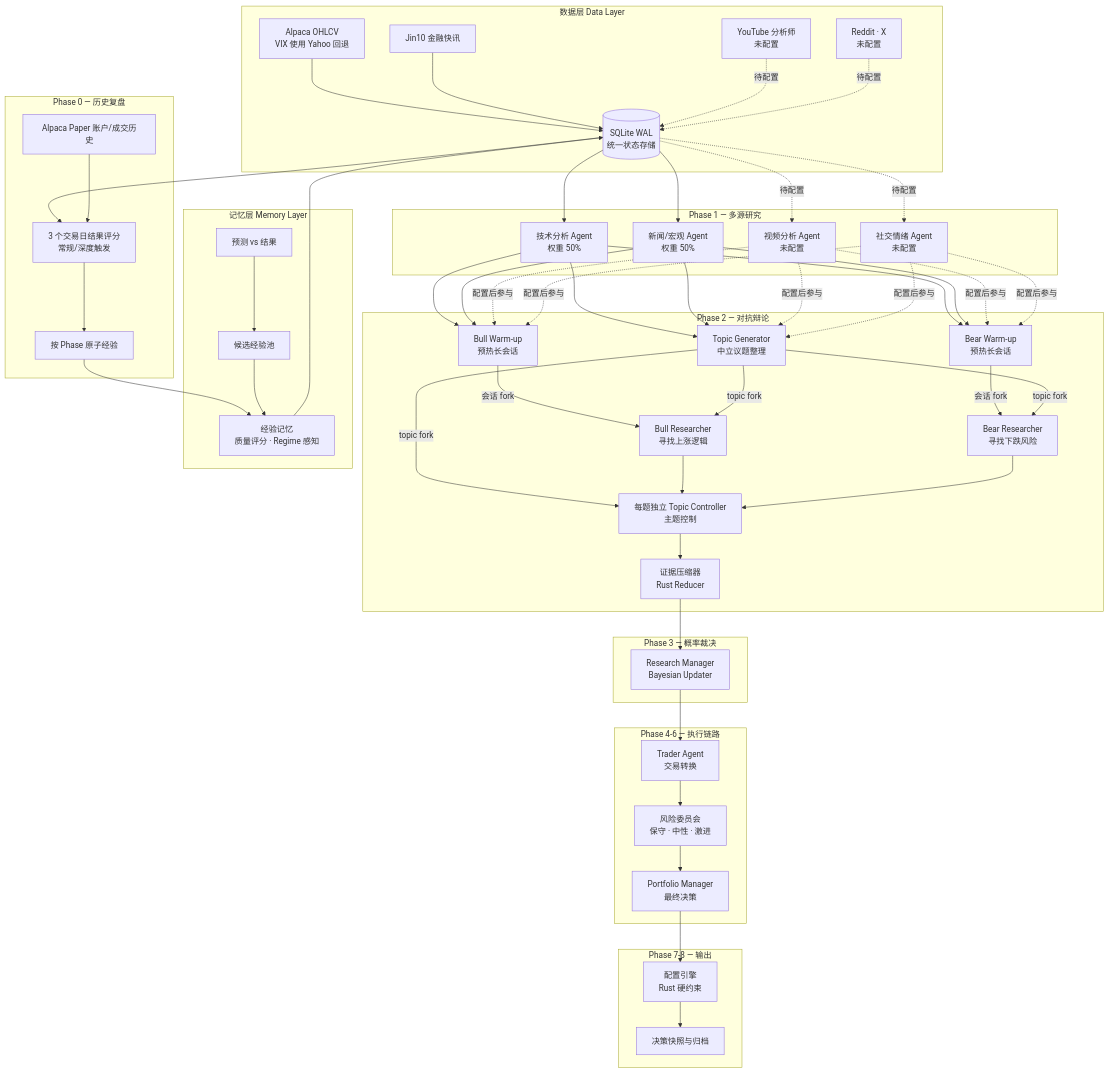
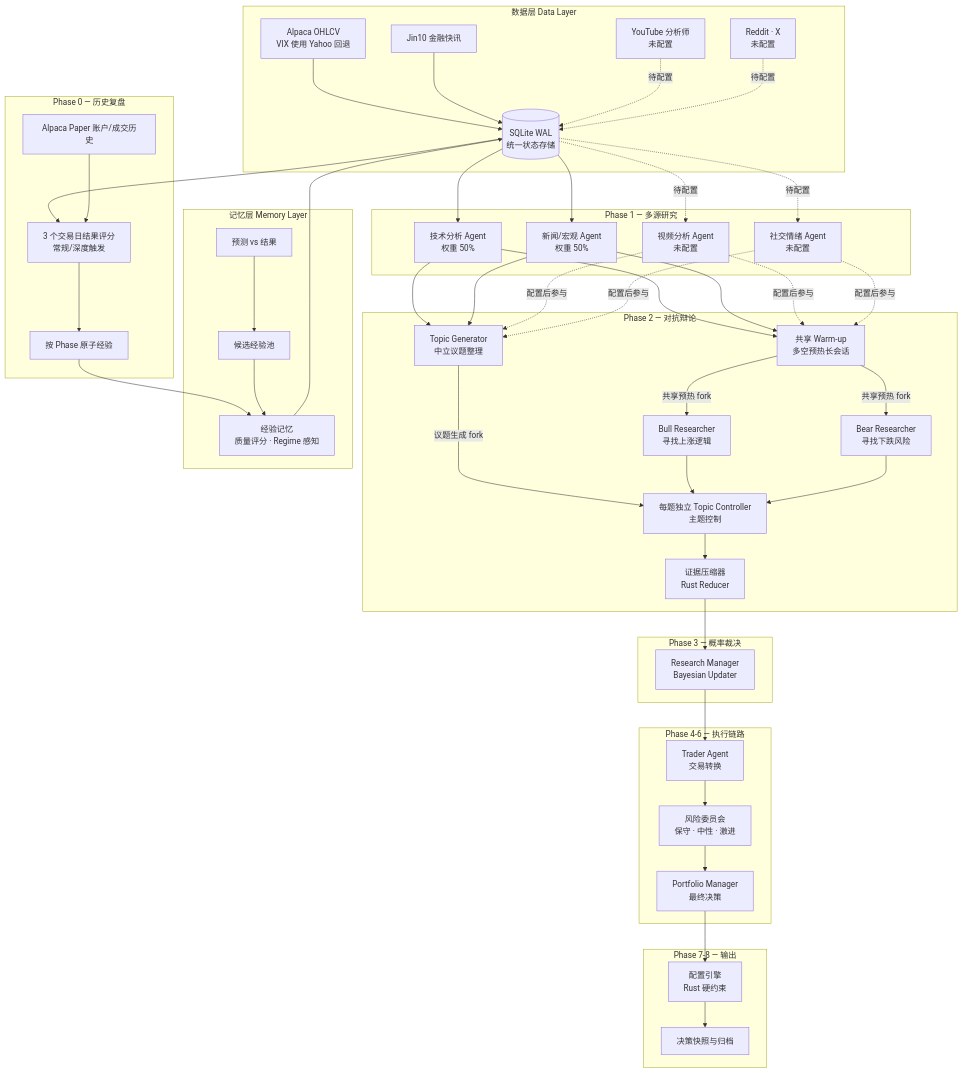
The diagram in README.md (alixeu/akzio-signal-intelligence), drawn with Mermaid before and after one commit. The commit also changed other lines of this file and 7 other files, not shown here.

````diff
--- a/README.md
+++ b/README.md
@@ -21,81 +21,79 @@
 ```mermaid
 graph TD
     subgraph "数据层 Data Layer"
         MARKET[Alpaca OHLCV<br/>VIX 使用 Yahoo 回退]
         JIN10[Jin10 金融快讯]
         YT[YouTube 分析师<br/>未配置]
         SOCIAL[Reddit · X<br/>未配置]
         SQL[(SQLite WAL<br/>统一状态存储)]
     end
 
     subgraph "Phase 1 — 多源研究"
         TA[技术分析 Agent<br/>权重 50%]
         NA[新闻/宏观 Agent<br/>权重 50%]
         YA[视频分析 Agent<br/>未配置]
         SA[社交情绪 Agent<br/>未配置]
     end
 
     subgraph "Phase 0 — 历史复盘"
         HIST[Alpaca Paper 账户/成交历史]
         SCORE[3 个交易日结果评分<br/>常规/深度触发]
         EXP[按 Phase 原子经验]
     end
 
     subgraph "Phase 2 — 对抗辩论"
         TG[Topic Generator<br/>中立议题整理]
-        BW[Bull Warm-up<br/>预热长会话]
-        BEW[Bear Warm-up<br/>预热长会话]
+        WARM[共享 Warm-up<br/>多空预热长会话]
         BULL[Bull Researcher<br/>寻找上涨逻辑]
         BEAR[Bear Researcher<br/>寻找下跌风险]
         TC[每题独立 Topic Controller<br/>主题控制]
         RED[证据压缩器<br/>Rust Reducer]
     end
 
     subgraph "Phase 3 — 概率裁决"
         RM[Research Manager<br/>Bayesian Updater]
     end
 
     subgraph "Phase 4-6 — 执行链路"
         TR[Trader Agent<br/>交易转换]
         RISK[风险委员会<br/>保守 · 中性 · 激进]
         PM[Portfolio Manager<br/>最终决策]
     end
 
     subgraph "Phase 7-8 — 输出"
         ALLOC[配置引擎<br/>Rust 硬约束]
         REF[决策快照与归档]
     end
 
     subgraph "记忆层 Memory Layer"
         MEM[经验记忆<br/>质量评分 · Regime 感知]
         CAND[候选经验池]
         OUT[预测 vs 结果]
     end
 
     MARKET --> SQL
     JIN10 --> SQL
     SQL --> SCORE
     HIST --> SCORE
     SCORE --> EXP
     EXP --> MEM
     YT -. 待配置 .-> SQL
     SOCIAL -. 待配置 .-> SQL
     SQL --> TA & NA
     SQL -. 待配置 .-> YA & SA
-    TA & NA --> TG & BW & BEW
-    YA & SA -. 配置后参与 .-> TG & BW & BEW
-    BW -->|会话 fork| BULL
-    BEW -->|会话 fork| BEAR
-    TG -->|topic fork| BULL & BEAR & TC
+    TA & NA --> TG & WARM
+    YA & SA -. 配置后参与 .-> TG & WARM
+    WARM -->|共享预热 fork| BULL & BEAR
+    TG -->|议题生成 fork| TC
     BULL & BEAR --> TC
     TC --> RED
     RED --> RM
     RM --> TR
     TR --> RISK
     RISK --> PM
     PM --> ALLOC
     ALLOC --> REF
     OUT --> CAND
     CAND --> MEM
     MEM --> SQL
 ```
````
